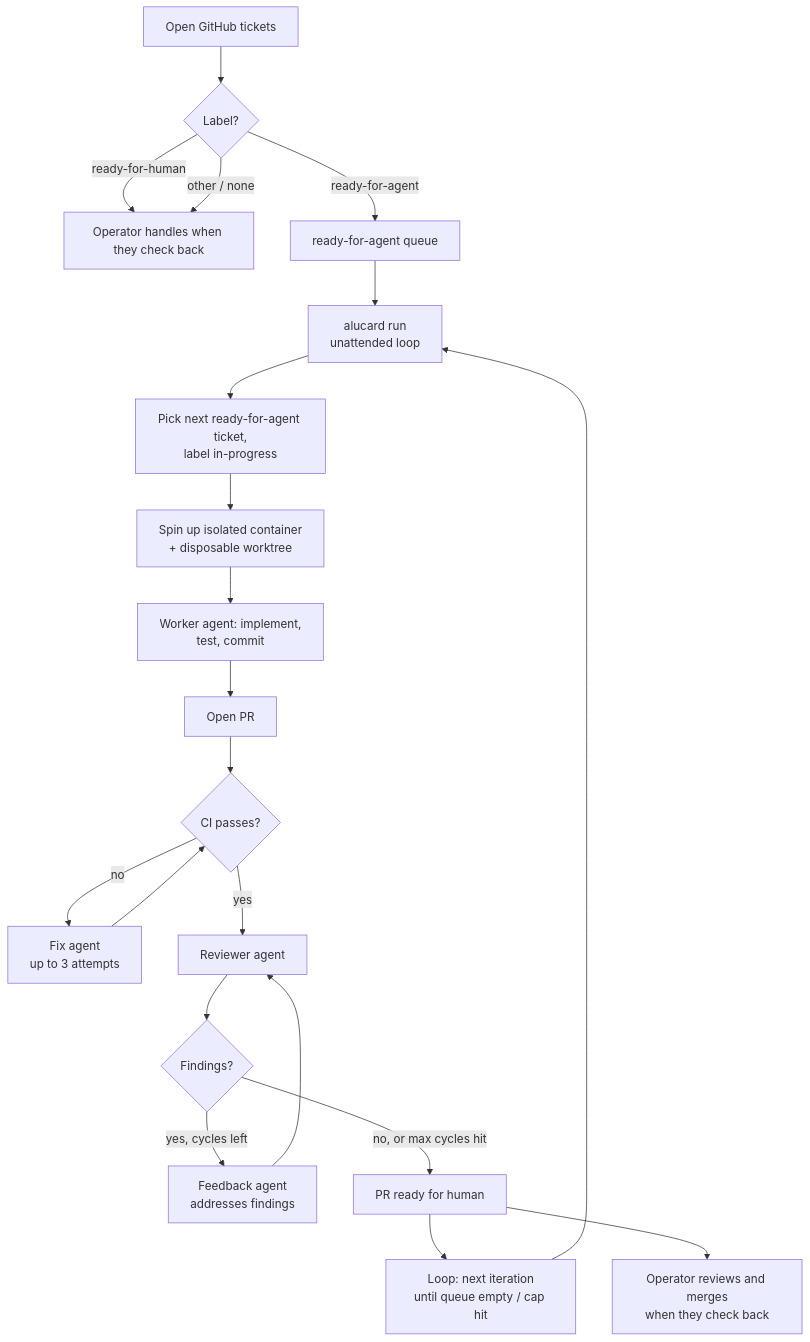
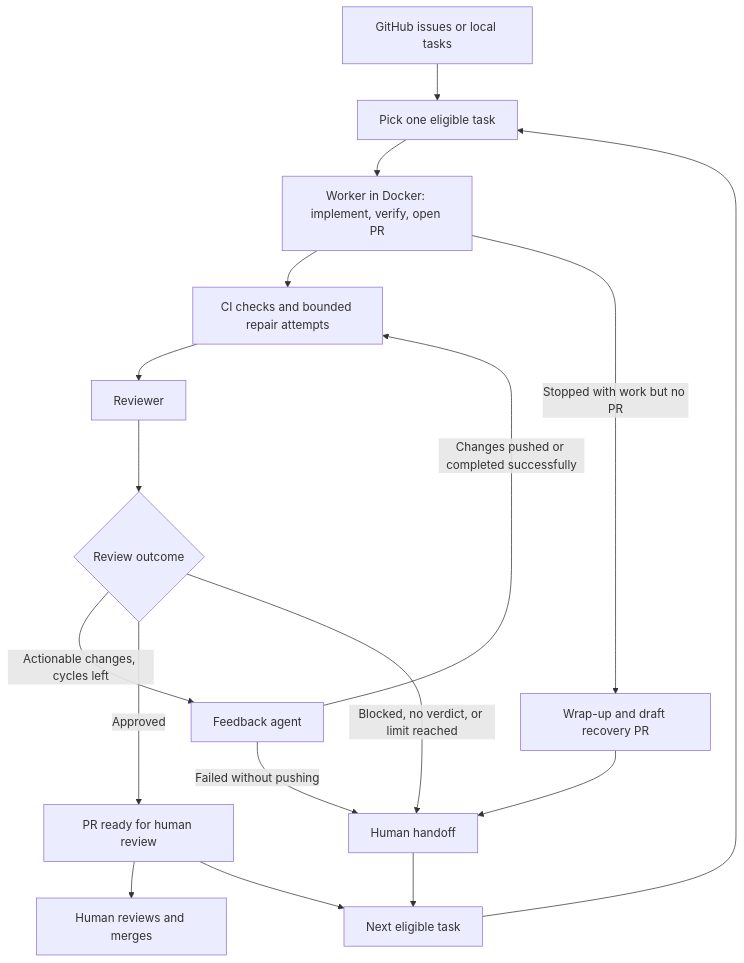
The diagram in README.md (aldovc/alucard), drawn with Mermaid before and after one commit. The commit also changed other lines of this file, not shown here.

Commit message:
docs: refresh README and workflow chart for new readers

````diff
--- a/README.md
+++ b/README.md
@@ -27,26 +19,19 @@
 ```mermaid
 flowchart TD
-    A[Open GitHub tickets] --> D{Label?}
-    D -->|ready-for-human| E[Operator handles when they check back]
-    D -->|ready-for-agent| F[ready-for-agent queue]
-    D -->|other / none| E
-
-    F --> G[alucard run<br/>unattended loop]
-    G --> H[Pick next ready-for-agent ticket,<br/>label in-progress]
-    H --> I[Spin up isolated container<br/>+ disposable worktree]
-    I --> J[Worker agent: implement,<br/>test, commit]
-    J --> K[Open PR]
-
-    K --> L{CI passes?}
-    L -->|no| M[Fix agent<br/>up to 3 attempts]
-    M --> L
-    L -->|yes| N[Reviewer agent]
-    N --> O{Findings?}
-    O -->|yes, cycles left| P[Feedback agent<br/>addresses findings]
-    P --> N
-    O -->|no, or max cycles hit| Q[PR ready for human]
-
-    Q --> R[Loop: next iteration<br/>until queue empty / cap hit]
-    R --> G
-    Q --> S[Operator reviews and merges<br/>when they check back]
+    A[GitHub issues or local tasks] --> B[Pick one eligible task]
+    B --> C[Worker in Docker: implement, verify, open PR]
+    C --> D[CI checks and bounded repair attempts]
+    D --> E[Reviewer]
+    E --> F{Review outcome}
+    F -->|Actionable changes, cycles left| G[Feedback agent]
+    G -->|Changes pushed or completed successfully| D
+    G -->|Failed without pushing| H[Human handoff]
+    F -->|Approved| I[PR ready for human review]
+    F -->|Blocked, no verdict, or limit reached| H
+    C -->|Stopped with work but no PR| J[Wrap-up and draft recovery PR]
+    J --> H
+    I --> L[Human reviews and merges]
+    I --> K[Next eligible task]
+    H --> K
+    K --> B
 ```
````
